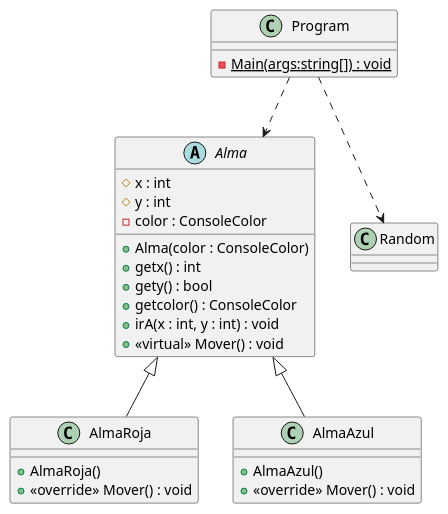
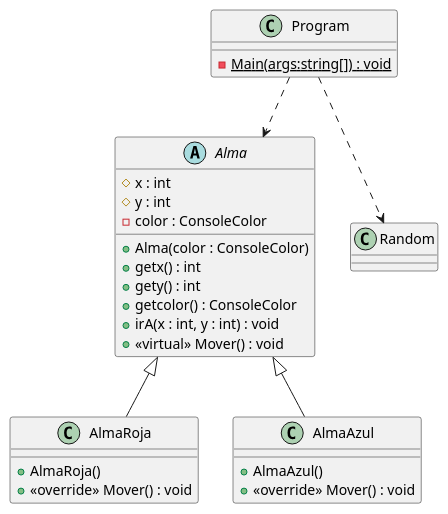
One commit to UNPAZ-2111/2026-2C-B1 changed the diagram in clase-4/modelo.puml. Above: the diagram before and after it, drawn with PlantUML. The commit also changed 1 other file, not shown here.

```diff
--- a/clase-4/modelo.puml
+++ b/clase-4/modelo.puml
@@ -1,34 +1,34 @@
 @startuml
 class Program {
     - {static} Main(args:string[]) : void
 }
 
 abstract class Alma {
     # x : int
     # y : int
     - color : ConsoleColor
     
     + Alma(color : ConsoleColor)
     + getx() : int
-    + gety() : bool
+    + gety() : int
     + getcolor() : ConsoleColor
     + irA(x : int, y : int) : void
     + <<virtual>> Mover() : void
 }
 
 class AlmaRoja {
    + AlmaRoja()  
    + <<override>> Mover() : void
 }
 
 class AlmaAzul {
    + AlmaAzul()  
    + <<override>> Mover() : void
 }
 
 Program ..> Alma
 Program ..> Random
 Alma <|-- AlmaRoja
 Alma <|-- AlmaAzul
 
 @enduml
```
